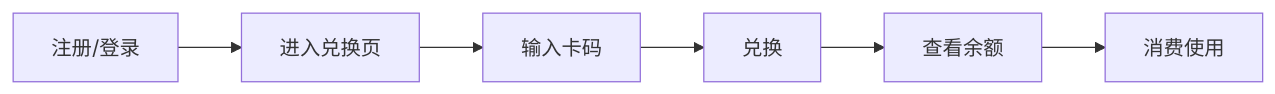
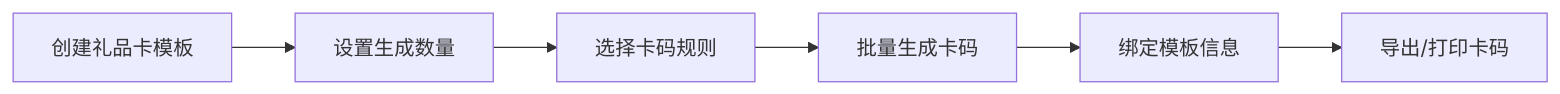
Before and after one commit to ChrisAsuka/ChrisAsuka: the second of 3 diagrams in .trae/documents/礼品卡兑换系统 PRD.md, drawn with Mermaid. The commit also changed other lines of this file, not shown here.

````diff
--- a/.trae/documents/礼品卡兑换系统 PRD.md
+++ b/.trae/documents/礼品卡兑换系统 PRD.md
@@ -53,8 +132,8 @@
 ```mermaid
 graph LR
-    A[注册/登录] --> B[进入兑换页]
-    B --> C[输入卡码]
-    C --> D[兑换]
-    D --> E[查看余额]
-    E --> F[消费使用]
+    A[创建礼品卡模板] --> B[设置生成数量]
+    B --> C[选择卡码规则]
+    C --> D[批量生成卡码]
+    D --> E[绑定模板信息]
+    E --> F[导出/打印卡码]
 ```
````
